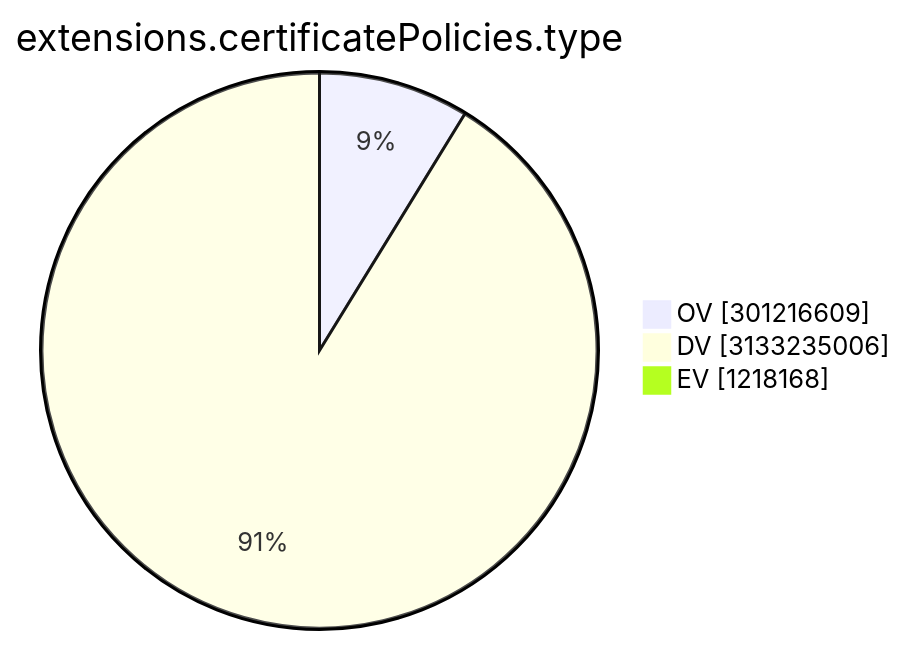
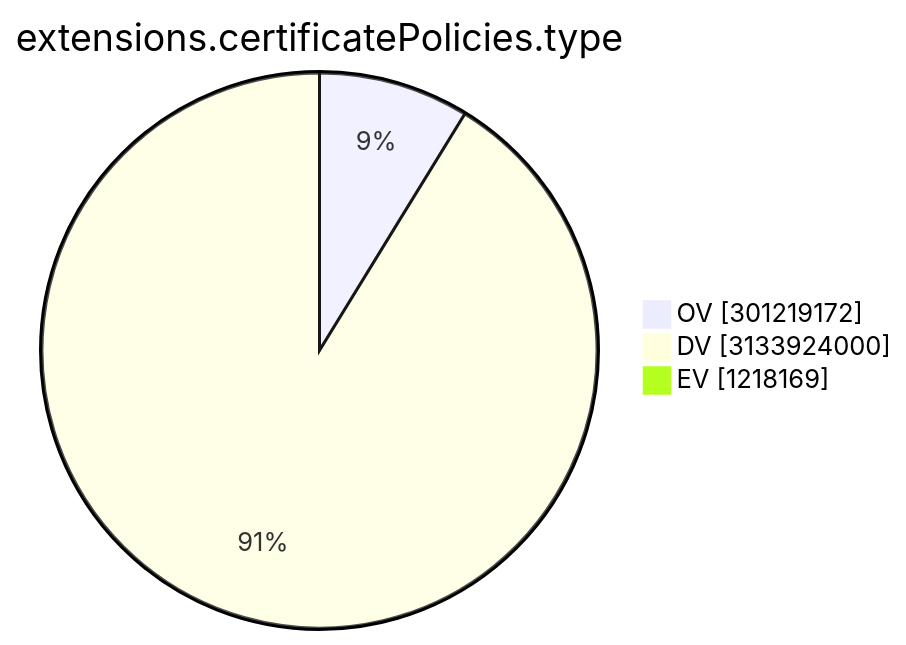
Before and after one commit to christiankrug/ctmonitor_visualization: the ninth of 15 diagrams in TOTAL/README.md, drawn with Mermaid. The commit also changed other lines of this file, not shown here.

````diff
--- a/TOTAL/README.md
+++ b/TOTAL/README.md
@@ -3105,7 +3105,7 @@
 ```mermaid
 pie showData
 title extensions.certificatePolicies.type
-"OV" :301216609
-"DV" :3133235006
-"EV" :1218168
+"OV" :301219172
+"DV" :3133924000
+"EV" :1218169
 ```
````
